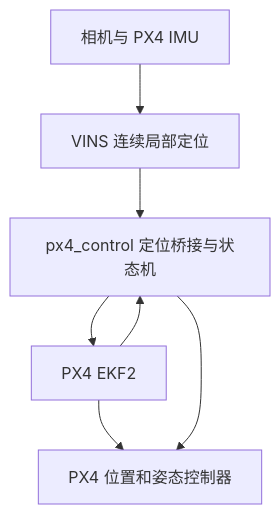
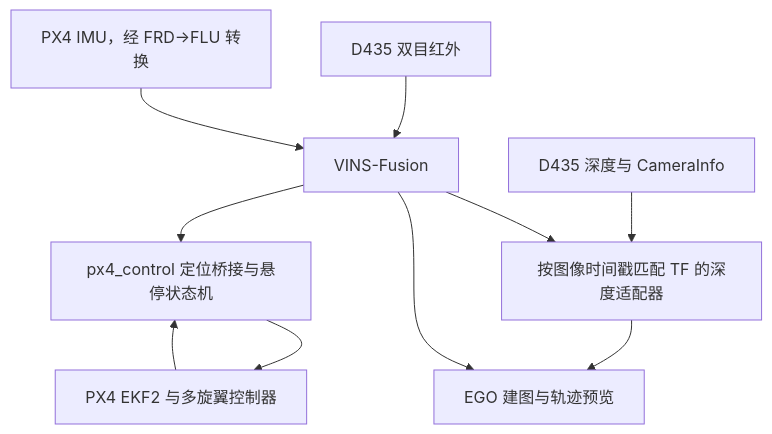
Before and after one commit to Spaaaace-yyj/RM_flying_robot_control: the diagram in README.md, drawn with Mermaid. The commit also changed other lines of this file, not shown here.

Commit message:
docs: align README with VINS-Fusion, PX4 interfaces and EGO preview

````diff
--- a/README.md
+++ b/README.md
@@ -53,9 +64,12 @@
 ```mermaid
 flowchart TD
-  S[相机与 PX4 IMU] --> V[VINS 连续局部定位]
-  V --> B[px4_control 定位桥接与状态机]
-  B --> E[PX4 EKF2]
-  E --> C[PX4 位置和姿态控制器]
-  B --> C
-  E --> B
+  IR["D435 双目红外"] --> V["VINS-Fusion"]
+  IMU["PX4 IMU，经 FRD→FLU 转换"] --> V
+  V --> B["px4_control 定位桥接与悬停状态机"]
+  B --> P["PX4 EKF2 与多旋翼控制器"]
+  P --> B
+  D["D435 深度与 CameraInfo"] --> A["按图像时间戳匹配 TF 的深度适配器"]
+  V --> A
+  A --> E["EGO 建图与轨迹预览"]
+  V --> E
 ```
````
